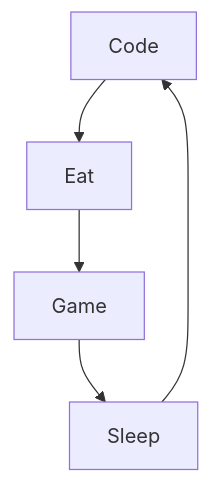
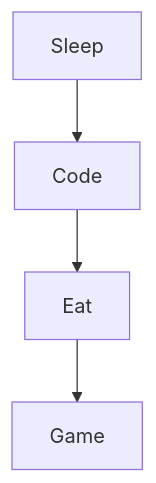
Before and after one commit to Lisitius/Lisitius: the diagram in README.md, drawn with Mermaid.

````diff
--- a/README.md
+++ b/README.md
@@ -24,7 +24,6 @@
 ```mermaid
   graph TD;
       Code-->Eat;
       Eat-->Game;
-      Game-->Sleep;
       Sleep-->Code;
 ```
````
